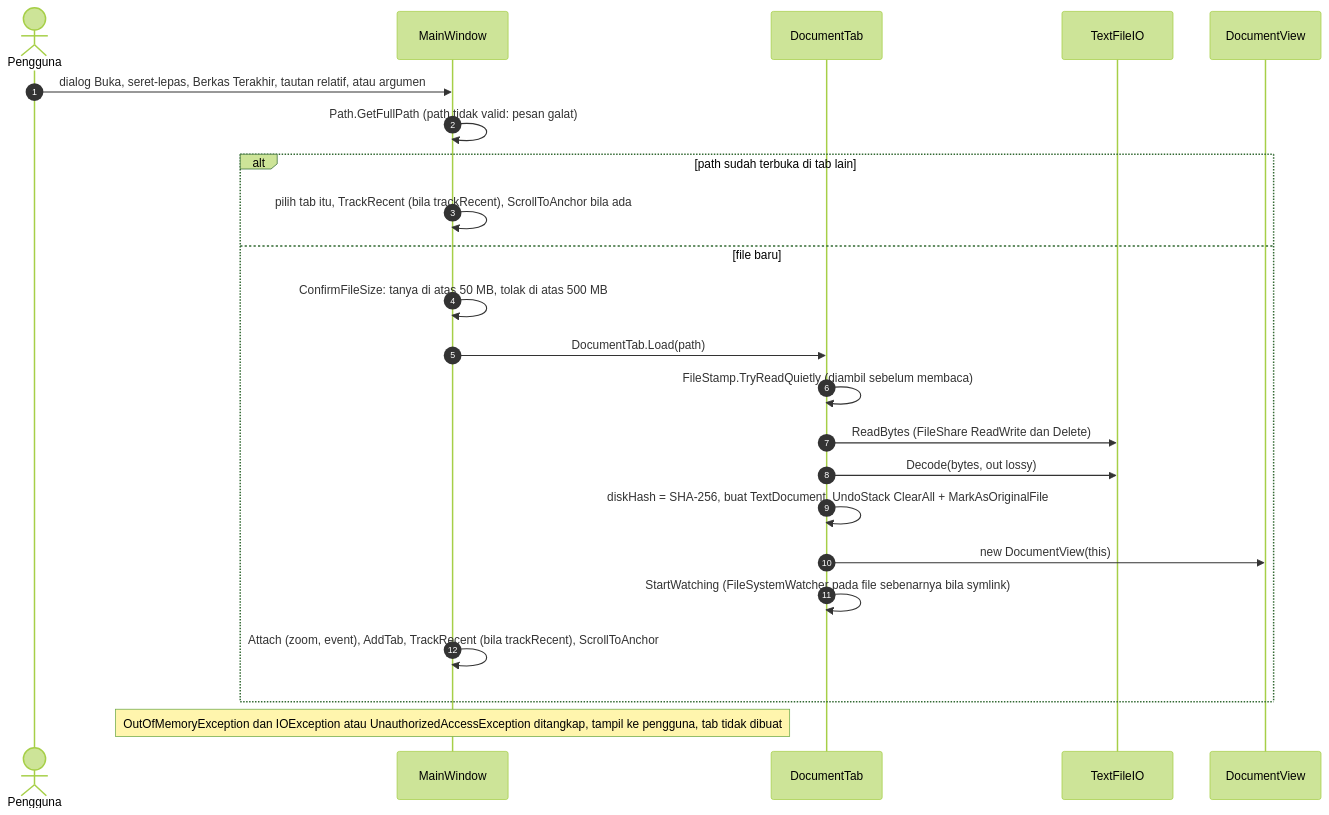
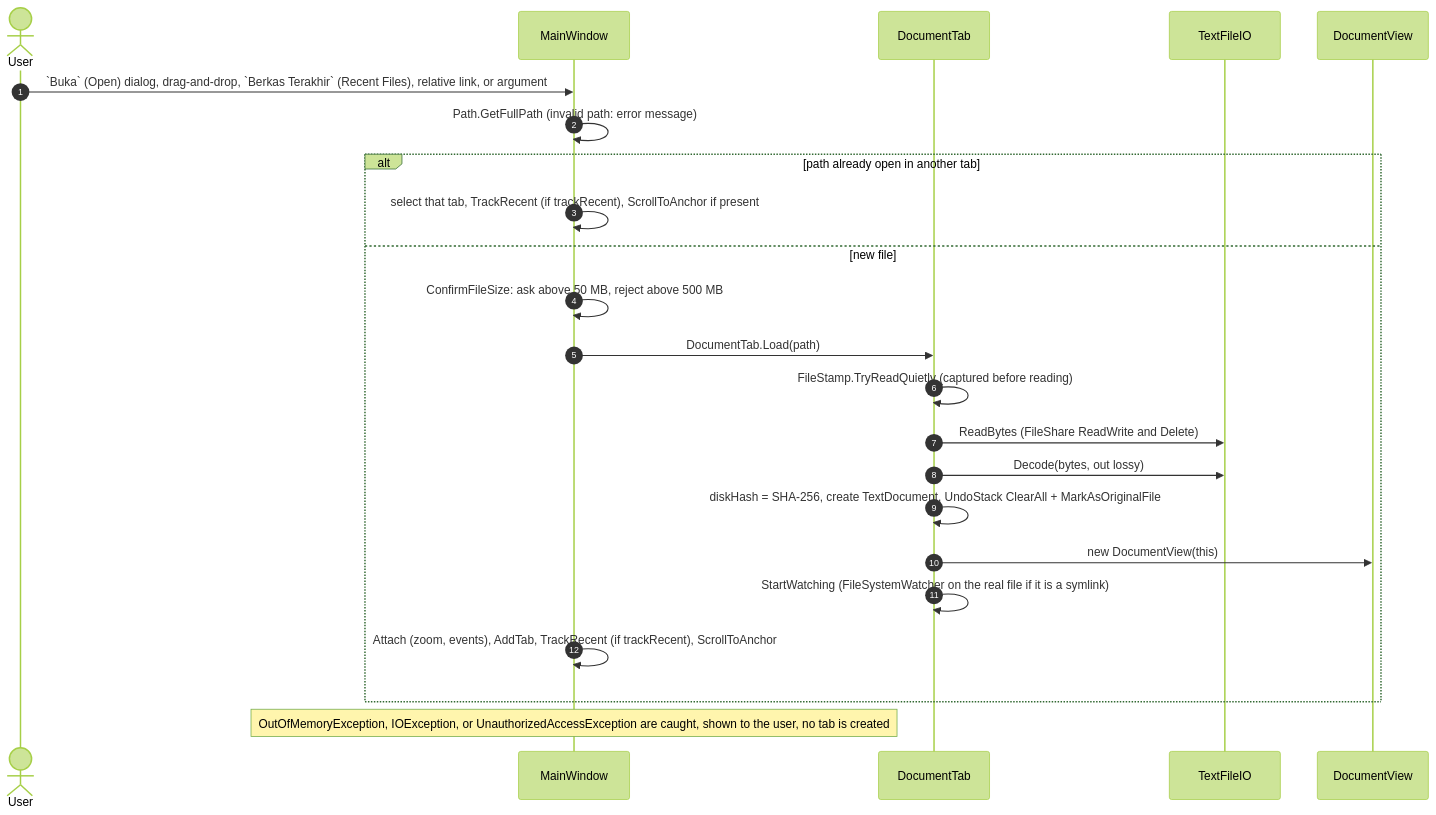
One commit to hoaaah/Makdon changed the third of 14 diagrams in docs/ARCHITECTURE.md. Above: the diagram before and after it, drawn with Mermaid (forest theme). The commit also changed other lines of this file and 8 other files, not shown here.

````diff
--- a/docs/ARCHITECTURE.md
+++ b/docs/ARCHITECTURE.md
@@ -249,26 +246,26 @@
 ```mermaid
 sequenceDiagram
     autonumber
-    actor U as Pengguna
+    actor U as User
     participant M as MainWindow
     participant T as DocumentTab
     participant IO as TextFileIO
     participant V as DocumentView
 
-    U->>M: dialog Buka, seret-lepas, Berkas Terakhir, tautan relatif, atau argumen
-    M->>M: Path.GetFullPath (path tidak valid: pesan galat)
-    alt path sudah terbuka di tab lain
-        M->>M: pilih tab itu, TrackRecent (bila trackRecent), ScrollToAnchor bila ada
-    else file baru
-        M->>M: ConfirmFileSize: tanya di atas 50 MB, tolak di atas 500 MB
+    U->>M: `Buka` (Open) dialog, drag-and-drop, `Berkas Terakhir` (Recent Files), relative link, or argument
+    M->>M: Path.GetFullPath (invalid path: error message)
+    alt path already open in another tab
+        M->>M: select that tab, TrackRecent (if trackRecent), ScrollToAnchor if present
+    else new file
+        M->>M: ConfirmFileSize: ask above 50 MB, reject above 500 MB
         M->>T: DocumentTab.Load(path)
-        T->>T: FileStamp.TryReadQuietly (diambil sebelum membaca)
-        T->>IO: ReadBytes (FileShare ReadWrite dan Delete)
+        T->>T: FileStamp.TryReadQuietly (captured before reading)
+        T->>IO: ReadBytes (FileShare ReadWrite and Delete)
         T->>IO: Decode(bytes, out lossy)
-        T->>T: diskHash = SHA-256, buat TextDocument, UndoStack ClearAll + MarkAsOriginalFile
+        T->>T: diskHash = SHA-256, create TextDocument, UndoStack ClearAll + MarkAsOriginalFile
         T->>V: new DocumentView(this)
-        T->>T: StartWatching (FileSystemWatcher pada file sebenarnya bila symlink)
-        M->>M: Attach (zoom, event), AddTab, TrackRecent (bila trackRecent), ScrollToAnchor
+        T->>T: StartWatching (FileSystemWatcher on the real file if it is a symlink)
+        M->>M: Attach (zoom, events), AddTab, TrackRecent (if trackRecent), ScrollToAnchor
     end
-    Note over M: OutOfMemoryException dan IOException atau UnauthorizedAccessException ditangkap, tampil ke pengguna, tab tidak dibuat
+    Note over M: OutOfMemoryException, IOException, or UnauthorizedAccessException are caught, shown to the user, no tab is created
 ```
````
